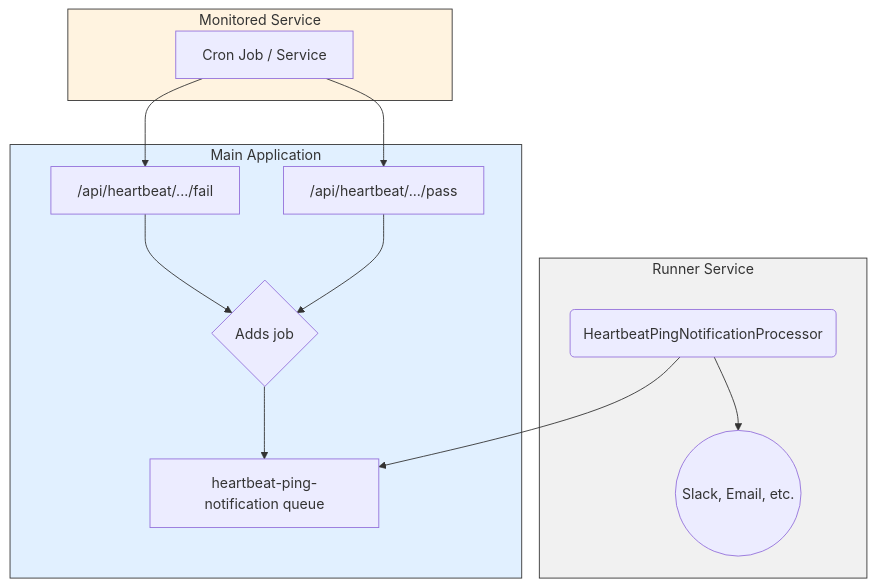
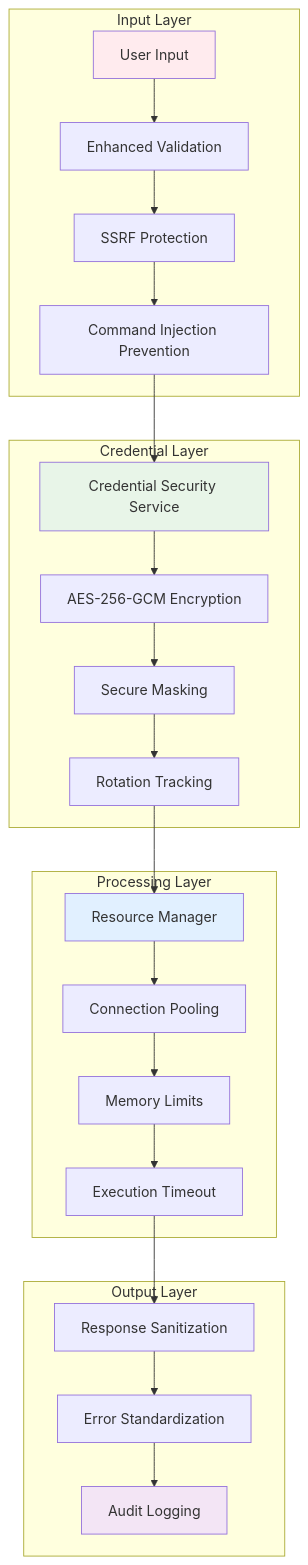
Before and after one commit to supercheck-io/supercheck-core: the seventh of 12 diagrams in specs/MONITORING_SYSTEM.md, drawn with Mermaid. The commit also changed other lines of this file and 32 other files, not shown here.

Commit message:
fix(worker): resolve TS syntax error by restructuring request config; update crypto to use createCipheriv/DecipherGCM

````diff
--- a/specs/MONITORING_SYSTEM.md
+++ b/specs/MONITORING_SYSTEM.md
@@ -142,31 +368,33 @@
 ```mermaid
-graph TD
-    subgraph monitored ["Monitored Service"]
-        J[Cron Job / Service]
+graph TB
+    subgraph "Input Layer"
+        A[User Input] --> B[Enhanced Validation]
+        B --> C[SSRF Protection]
+        C --> D[Command Injection Prevention]
     end
-
-    subgraph app ["Main Application"]
-        K["/api/heartbeat/.../fail"]
-        L["/api/heartbeat/.../pass"]
-        M{Adds job}
-        N[heartbeat-ping-notification queue]
-        
-        J --> K
-        J --> L
-        K --> M
-        L --> M
-        M --> N
+    
+    subgraph "Credential Layer"
+        D --> E[Credential Security Service]
+        E --> F[AES-256-GCM Encryption]
+        F --> G[Secure Masking]
+        G --> H[Rotation Tracking]
     end
-
-    subgraph runner ["Runner Service"]
-        O(HeartbeatPingNotificationProcessor)
-        P((Slack, Email, etc.))
-        
-        O --> N
-        O --> P
+    
+    subgraph "Processing Layer"
+        H --> I[Resource Manager]
+        I --> J[Connection Pooling]
+        J --> K[Memory Limits]
+        K --> L[Execution Timeout]
     end
-
-    style runner fill:#f1f1f1,stroke:#333
-    style app fill:#e1f0ff,stroke:#333
-    style monitored fill:#fff3e0,stroke:#333
+    
+    subgraph "Output Layer"
+        L --> M[Response Sanitization]
+        M --> N[Error Standardization]
+        N --> O[Audit Logging]
+    end
+    
+    style A fill:#ffebee
+    style E fill:#e8f5e8
+    style I fill:#e1f0ff
+    style O fill:#f3e5f5
 ```
````
